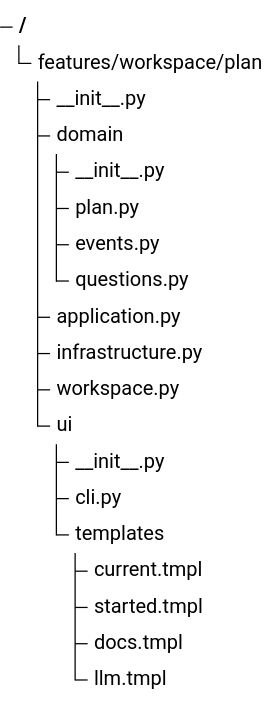
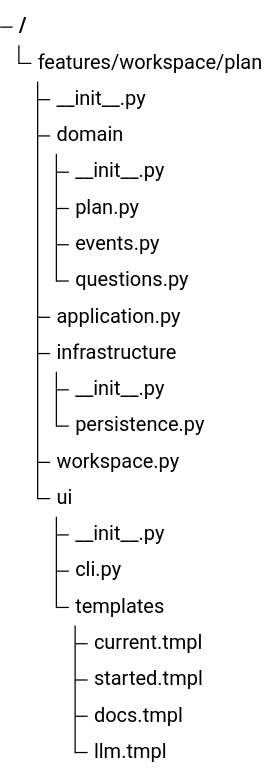
The third of 3 diagrams in .enclosure/plans/planning-workflow/epics/event-sourced-core/SCHEMAS.md (9orky/enclosure), drawn with Mermaid before and after one commit. The commit also changed other lines of this file and 49 other files, not shown here.

````diff
--- a/.enclosure/plans/planning-workflow/epics/event-sourced-core/SCHEMAS.md
+++ b/.enclosure/plans/planning-workflow/epics/event-sourced-core/SCHEMAS.md
@@ -186,23 +414,25 @@
 ```mermaid
 %% contract: files
-%%{init: {"theme": "base", "themeVariables": {"labelColor": "#172033", "lineColor": "#64748b"}}}%%
+%%{init: {"theme": "base", "themeVariables": {"primaryColor": "#ecfdf5", "primaryTextColor": "#064e3b", "primaryBorderColor": "#059669", "labelColor": "#064e3b", "lineColor": "#059669", "tertiaryColor": "#f0fdf4"}}}%%
 treeView-beta
   "features/workspace/plan"
     "__init__.py"
     "domain"
       "__init__.py"
       "plan.py"
       "events.py"
       "questions.py"
     "application.py"
-    "infrastructure.py"
+    "infrastructure"
+      "__init__.py"
+      "persistence.py"
     "workspace.py"
     "ui"
       "__init__.py"
       "cli.py"
       "templates"
         "current.tmpl"
         "started.tmpl"
         "docs.tmpl"
         "llm.tmpl"
 ```
````
